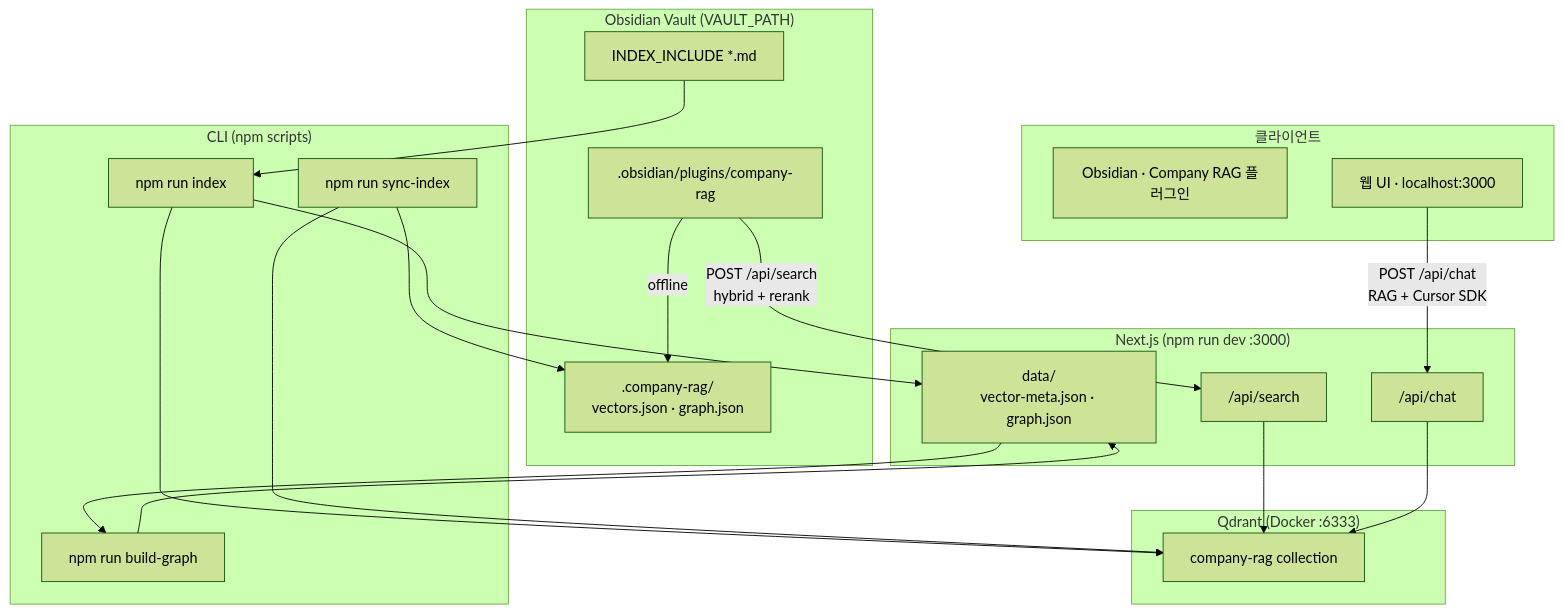
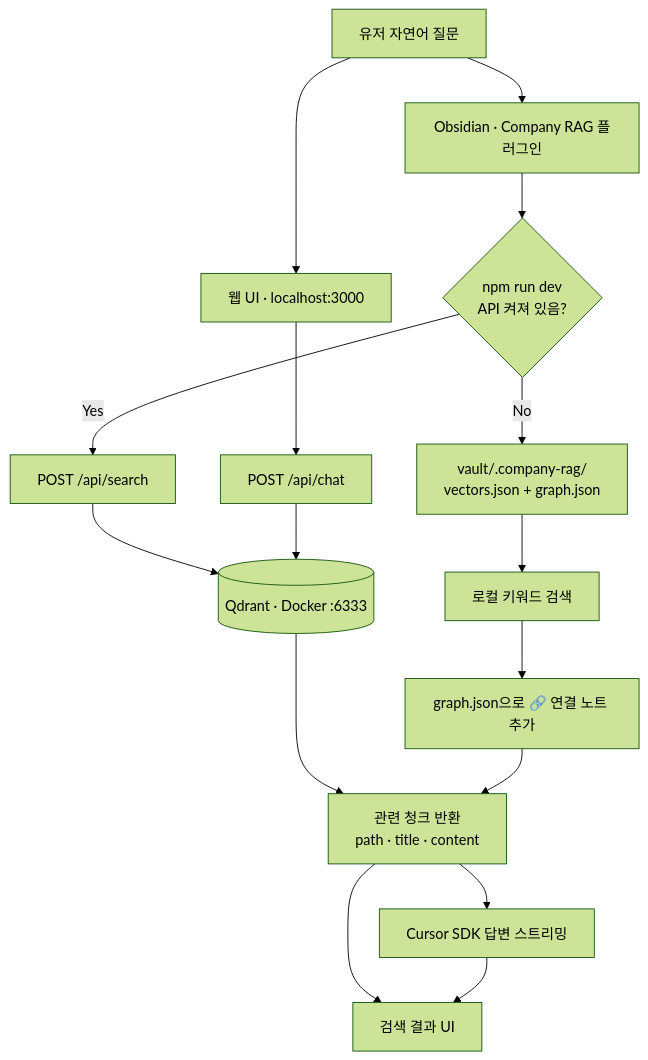
One commit to LEEHEEWON123/obsidian_chat_bot changed the first of 3 diagrams in README.md. Above: the diagram before and after it, drawn with Mermaid (forest theme). The commit also changed other lines of this file, not shown here.

First line of the commit message:
Rewrite README architecture section starting from user search flow.

````diff
--- a/README.md
+++ b/README.md
@@ -15,43 +19,26 @@
 ```mermaid
-flowchart TB
-  subgraph vault["Obsidian Vault (VAULT_PATH)"]
-    MD["INDEX_INCLUDE *.md"]
-    RAG[".company-rag/<br/>vectors.json · graph.json"]
-    PLG[".obsidian/plugins/company-rag"]
-  end
+flowchart TD
+  U[유저 자연어 질문]
 
-  subgraph cli["CLI (npm scripts)"]
-    IDX["npm run index"]
-    BG["npm run build-graph"]
-    SYNC["npm run sync-index"]
-  end
+  U --> OBS[Obsidian · Company RAG 플러그인]
+  U --> WEB[웹 UI · localhost:3000]
 
-  subgraph qdrant["Qdrant (Docker :6333)"]
-    VEC["company-rag collection"]
-  end
+  OBS --> API{npm run dev<br/>API 켜져 있음?}
+  API -->|Yes| SEARCH["POST /api/search"]
+  API -->|No| OFF["vault/.company-rag/<br/>vectors.json + graph.json"]
 
-  subgraph server["Next.js (npm run dev :3000)"]
-    SEARCH["/api/search"]
-    CHAT["/api/chat"]
-    META["data/<br/>vector-meta.json · graph.json"]
-  end
+  WEB --> CHAT["POST /api/chat"]
 
-  subgraph clients["클라이언트"]
-    OBS["Obsidian · Company RAG 플러그인"]
-    WEB["웹 UI · localhost:3000"]
-  end
+  SEARCH --> QDRANT[(Qdrant · Docker :6333)]
+  CHAT --> QDRANT
 
-  MD --> IDX
-  IDX --> VEC
-  IDX --> META
-  BG --> META
-  SYNC --> VEC
-  SYNC --> RAG
-  META --> BG
+  QDRANT --> CHUNKS[관련 청크 반환<br/>path · title · content]
 
-  PLG -->|"POST /api/search<br/>hybrid + rerank"| SEARCH
-  PLG -->|"offline"| RAG
-  SEARCH --> VEC
-  WEB -->|"POST /api/chat<br/>RAG + Cursor SDK"| CHAT
-  CHAT --> VEC
+  OFF --> KW[로컬 키워드 검색]
+  KW --> GRAPH[graph.json으로 🔗 연결 노트 추가]
+  GRAPH --> CHUNKS
+
+  CHUNKS --> UI[검색 결과 UI]
+  CHUNKS --> LLM[Cursor SDK 답변 스트리밍]
+  LLM --> UI
 ```
````
